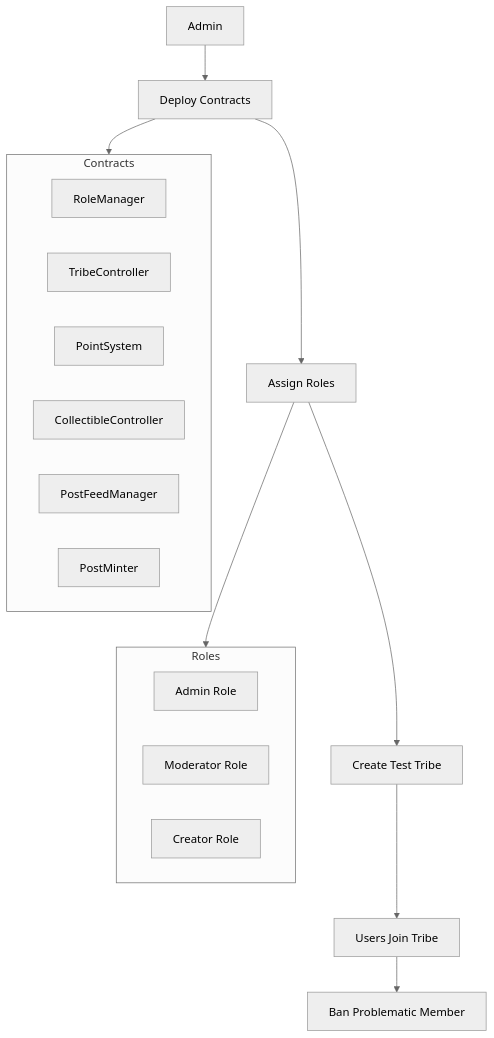
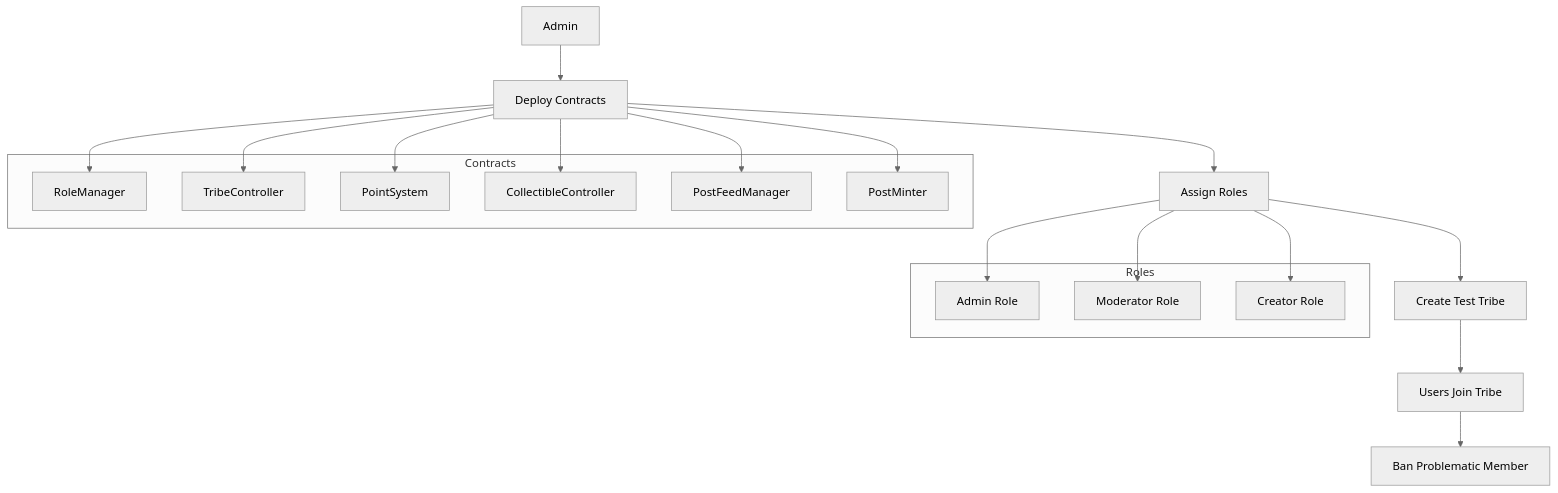
One commit to Wasserstoff-Innovation/TribesByAstrix changed the first of 8 diagrams in docs/user-flows/FundraiserFlowDiagrams.md. Above: the diagram before and after it, drawn with Mermaid (neutral theme). The commit also changed other lines of this file and 3 other files, not shown here.

````diff
--- a/docs/user-flows/FundraiserFlowDiagrams.md
+++ b/docs/user-flows/FundraiserFlowDiagrams.md
@@ -7,26 +7,34 @@
 ```mermaid
 flowchart TD
     A[Admin] --> B[Deploy Contracts]
     B --> C[Assign Roles]
     C --> D[Create Test Tribe]
     D --> E[Users Join Tribe]
     E --> F[Ban Problematic Member]
 
-    subgraph Contracts
+    subgraph ContractGroup [Contracts]
         B1[RoleManager]
         B2[TribeController]
         B3[PointSystem]
         B4[CollectibleController]
         B5[PostFeedManager]
         B6[PostMinter]
     end
 
-    subgraph Roles
+    subgraph RoleGroup [Roles]
         C1[Admin Role]
         C2[Moderator Role]
         C3[Creator Role]
     end
 
-    B --> Contracts
-    C --> Roles
+    B --> B1
+    B --> B2
+    B --> B3
+    B --> B4
+    B --> B5
+    B --> B6
+    
+    C --> C1
+    C --> C2
+    C --> C3
 ```
````
